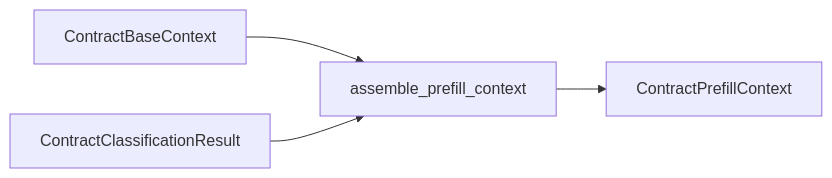
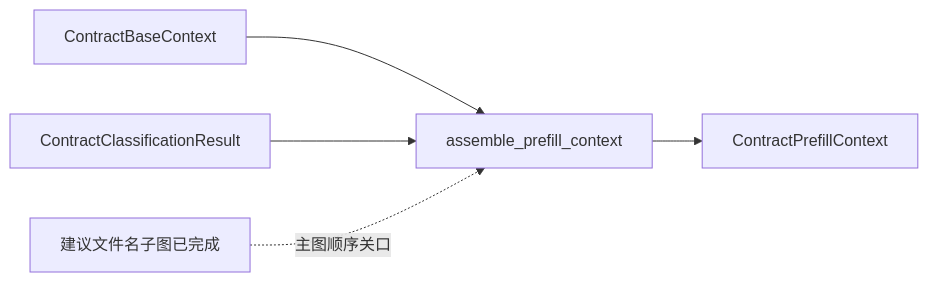
Before and after one commit to caicai-6666/contract-service-be: the diagram in description/architecture/workflow/contract-extraction/final-context-assembly.md, drawn with Mermaid. The commit also changed other lines of this file and 79 other files, not shown here.

````diff
--- a/description/architecture/workflow/contract-extraction/final-context-assembly.md
+++ b/description/architecture/workflow/contract-extraction/final-context-assembly.md
@@ -11,11 +11,13 @@
 ```mermaid
 flowchart LR
     base["ContractBaseContext"]
     classification["ContractClassificationResult"]
+    file_name["建议文件名子图已完成"]
     assemble["assemble_prefill_context"]
     output["ContractPrefillContext"]
 
     base --> assemble
     classification --> assemble
+    file_name -.主图顺序关口.-> assemble
     assemble --> output
 ```
````
